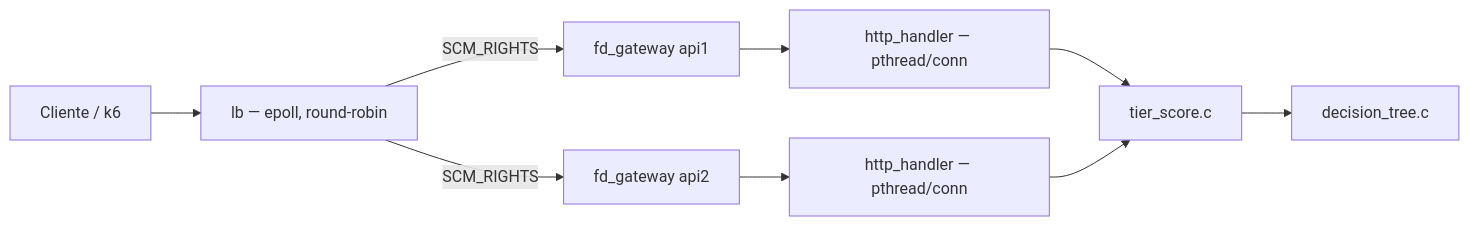
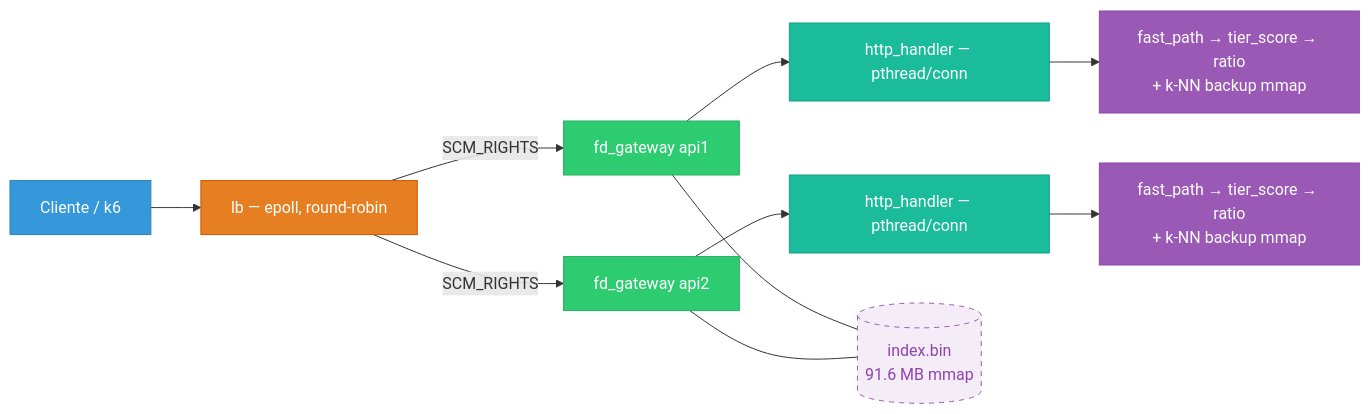
Before and after one commit to adsanla/rinha2026: the first of 9 diagrams in README.md, drawn with Mermaid. The commit also changed other lines of this file and 4 other files, not shown here.

````diff
--- a/README.md
+++ b/README.md
@@ -16,11 +16,23 @@
 ```mermaid
 flowchart LR
     C[Cliente / k6] --> LB[lb — epoll, round-robin]
     LB -->|SCM_RIGHTS| G1[fd_gateway api1]
     LB -->|SCM_RIGHTS| G2[fd_gateway api2]
     G1 --> S1[http_handler — pthread/conn]
     G2 --> S2[http_handler — pthread/conn]
-    S1 --> TS[tier_score.c]
-    S2 --> TS
-    TS --> DT[decision_tree.c]
+    S1 --> TS["fast_path → tier_score → ratio<br/>+ k-NN backup mmap"]
+    S2 --> TS2["fast_path → tier_score → ratio<br/>+ k-NN backup mmap"]
+    IDX[("index.bin<br/>91.6 MB mmap")]
+    G1 --- IDX
+    G2 --- IDX
+
+    style C fill:#3498db,color:#fff,stroke:#2980b9
+    style LB fill:#e67e22,color:#fff,stroke:#d35400
+    style G1 fill:#2ecc71,color:#fff,stroke:#27ae60
+    style G2 fill:#2ecc71,color:#fff,stroke:#27ae60
+    style S1 fill:#1abc9c,color:#fff,stroke:#16a085
+    style S2 fill:#1abc9c,color:#fff,stroke:#16a085
+    style TS fill:#9b59b6,color:#fff,stroke:#8e44ad
+    style TS2 fill:#9b59b6,color:#fff,stroke:#8e44ad
+    style IDX fill:#f4ecf7,color:#8e44ad,stroke:#9b59b6,stroke-dasharray: 5 5
 ```
````
